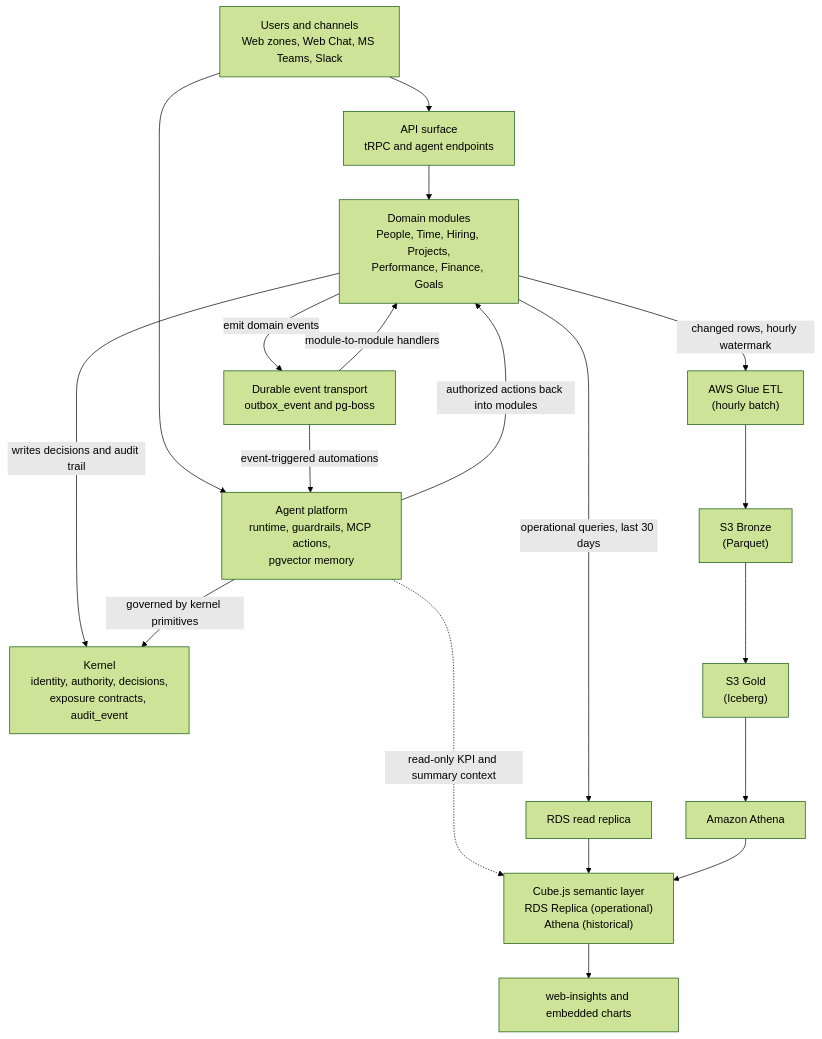
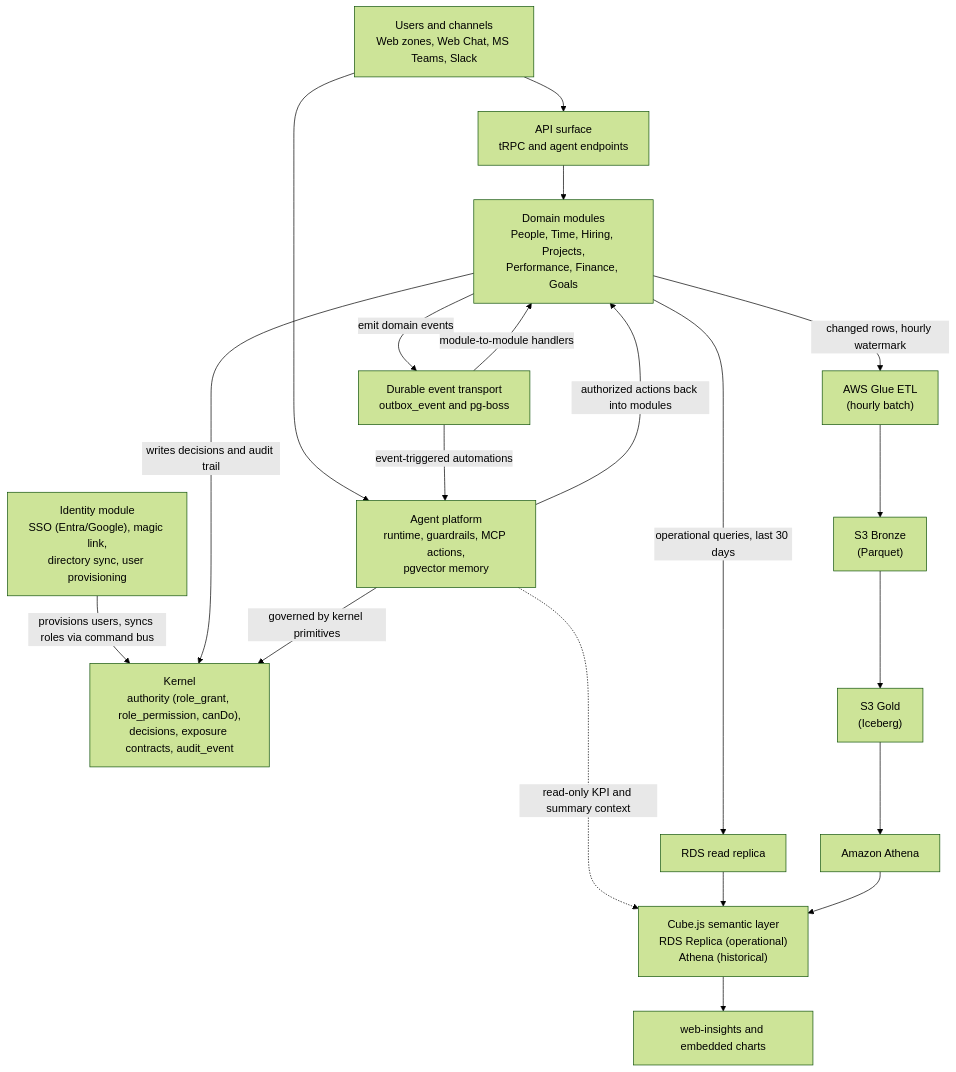
The diagram in docs/architecture/overview.md (Seta-International/ai-sdlc-metrics), drawn with Mermaid (forest theme) before and after one commit. The commit also changed 4 other files, not shown here.

````diff
--- a/docs/architecture/overview.md
+++ b/docs/architecture/overview.md
@@ -42,31 +42,33 @@
 ```mermaid
 flowchart TB
     Users["Users and channels<br/>Web zones, Web Chat, MS Teams, Slack"]
     API["API surface<br/>tRPC and agent endpoints"]
     Modules["Domain modules<br/>People, Time, Hiring, Projects,<br/>Performance, Finance, Goals"]
     Outbox["Durable event transport<br/>outbox_event and pg-boss"]
-    Kernel["Kernel<br/>identity, authority, decisions,<br/>exposure contracts, audit_event"]
+    Kernel["Kernel<br/>authority (role_grant, role_permission, canDo),<br/>decisions, exposure contracts, audit_event"]
+    Identity["Identity module<br/>SSO (Entra/Google), magic link,<br/>directory sync, user provisioning"]
     Agents["Agent platform<br/>runtime, guardrails, MCP actions,<br/>pgvector memory"]
     Replica["RDS read replica"]
     Glue["AWS Glue ETL<br/>(hourly batch)"]
     Bronze["S3 Bronze<br/>(Parquet)"]
     Gold["S3 Gold<br/>(Iceberg)"]
     Athena["Amazon Athena"]
     Cube["Cube.js semantic layer<br/>RDS Replica (operational)<br/>Athena (historical)"]
     Insights["web-insights and embedded charts"]
 
     Users --> API --> Modules
     Users --> Agents
 
+    Identity -->|provisions users, syncs roles via command bus| Kernel
     Modules -->|writes decisions and audit trail| Kernel
     Modules -->|emit domain events| Outbox
     Outbox -->|module-to-module handlers| Modules
 
     Outbox -->|event-triggered automations| Agents
     Agents -->|authorized actions back into modules| Modules
     Agents -->|governed by kernel primitives| Kernel
     Agents -.->|read-only KPI and summary context| Cube
 
     Modules -->|operational queries, last 30 days| Replica --> Cube
     Modules -->|changed rows, hourly watermark| Glue --> Bronze --> Gold --> Athena --> Cube --> Insights
 ```
````
